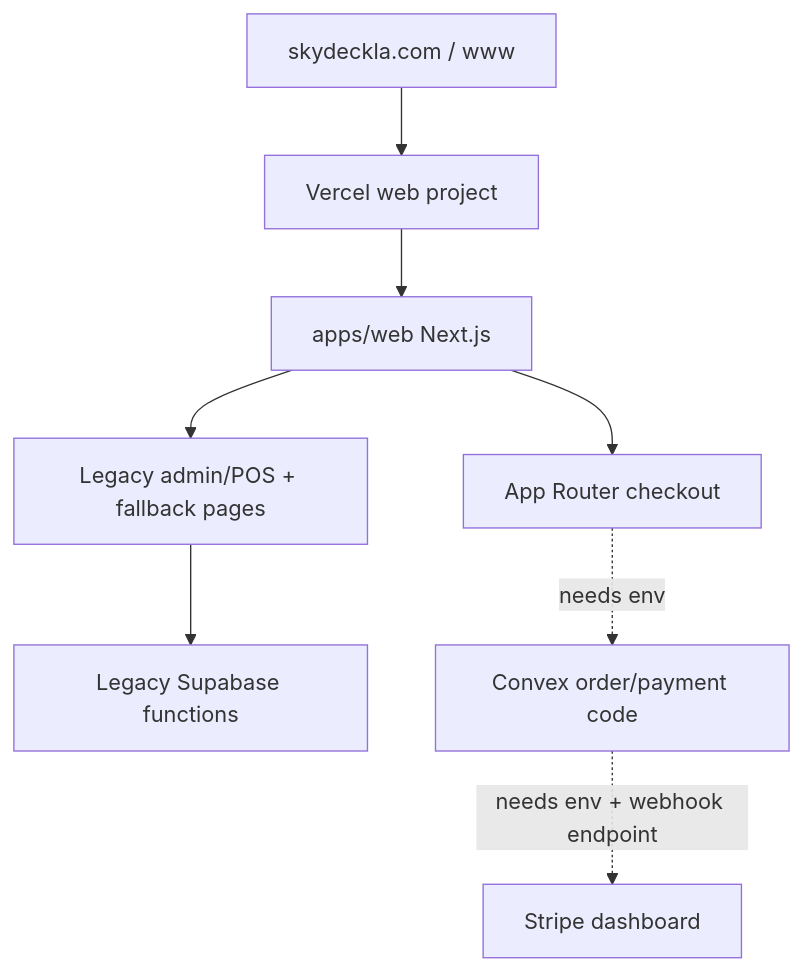
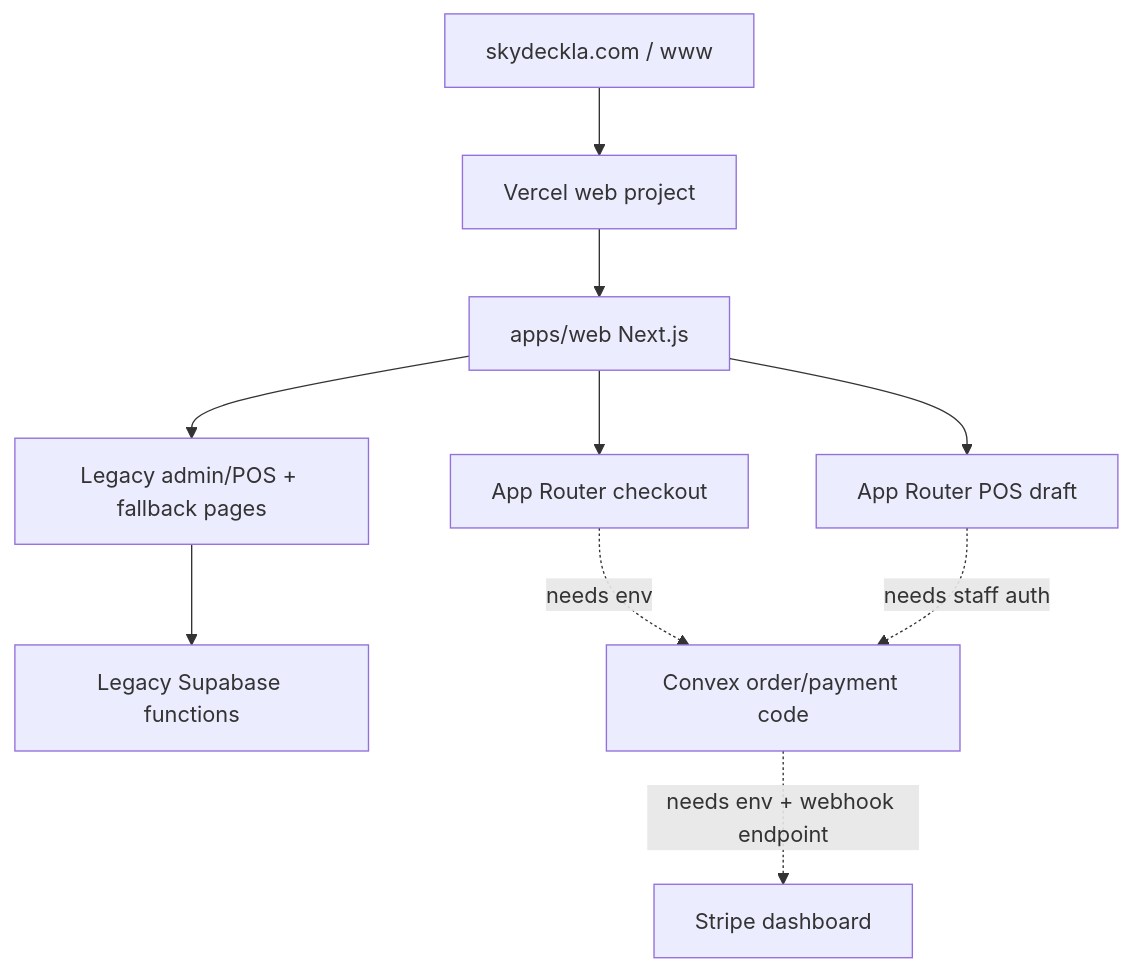
One commit to junyengit/skyla changed the diagram in docs/runbooks/production-readiness-checklist.md. Above: the diagram before and after it, drawn with Mermaid. The commit also changed other lines of this file and 15 other files, not shown here.

Commit message:
Add server-priced POS draft route

````diff
--- a/docs/runbooks/production-readiness-checklist.md
+++ b/docs/runbooks/production-readiness-checklist.md
@@ -39,16 +43,19 @@
 ```mermaid
 flowchart TD
   domain["skydeckla.com / www"]
   vercel["Vercel web project"]
   next["apps/web Next.js"]
   checkout["App Router checkout"]
+  posNext["App Router POS draft"]
   legacy["Legacy admin/POS + fallback pages"]
   supabase["Legacy Supabase functions"]
   convex["Convex order/payment code"]
   stripe["Stripe dashboard"]
 
   domain --> vercel --> next --> checkout
+  next --> posNext
   next --> legacy --> supabase
   checkout -. "needs env" .-> convex
+  posNext -. "needs staff auth" .-> convex
   convex -. "needs env + webhook endpoint" .-> stripe
 ```
````
